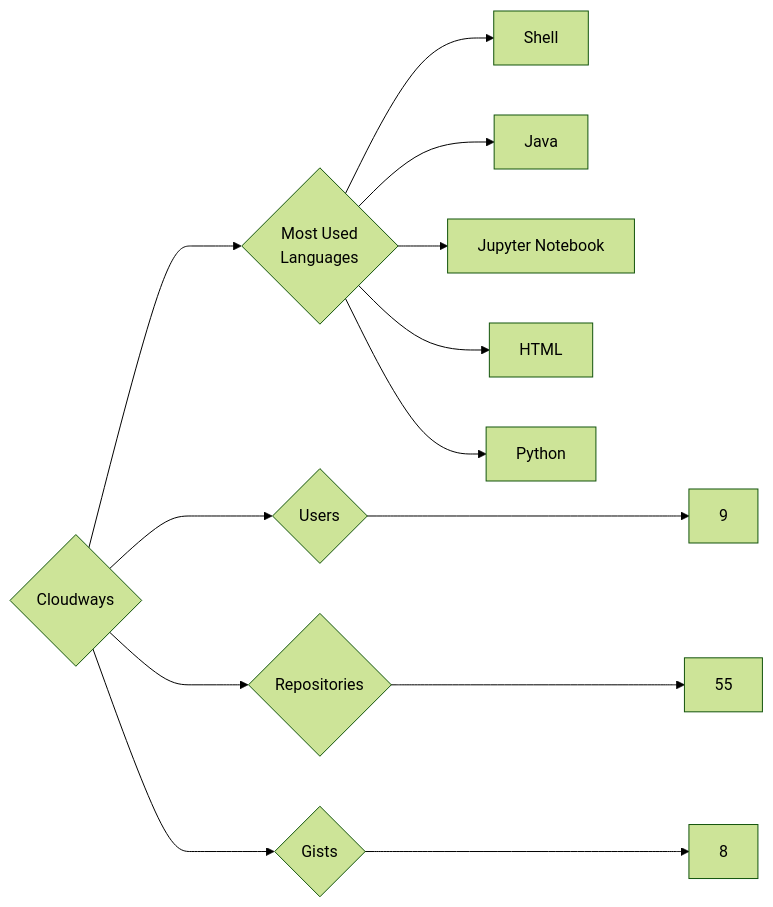
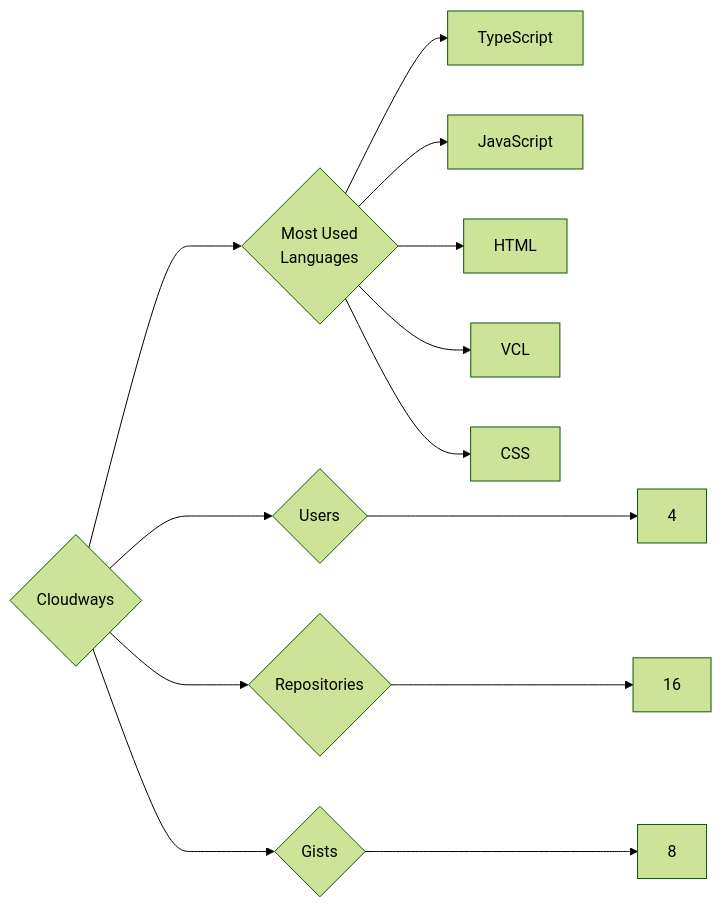
The diagram in targets/Cloudways/README.md (trickest/insiders), drawn with Mermaid (forest theme) before and after one commit. The commit also changed 823 other files, not shown here.

````diff
--- a/targets/Cloudways/README.md
+++ b/targets/Cloudways/README.md
@@ -3,13 +3,13 @@
 ```mermaid
 graph LR
 COMPANY_NAME{Cloudways}
-COMPANY_NAME ---> U{Users} ---> UN[9]
-COMPANY_NAME ---> R{Repositories} ---> RN[55]
+COMPANY_NAME ---> U{Users} ---> UN[4]
+COMPANY_NAME ---> R{Repositories} ---> RN[16]
 COMPANY_NAME ---> G{Gists} ---> GN[8]
 COMPANY_NAME ---> ML{Most Used<br>Languages}
-ML --> Shell[Shell]
-ML --> Java[Java]
-ML --> Jupyter_Notebook[Jupyter Notebook]
+ML --> TypeScript[TypeScript]
+ML --> JavaScript[JavaScript]
 ML --> HTML[HTML]
-ML --> Python[Python]
+ML --> VCL[VCL]
+ML --> CSS[CSS]
 ```
````
